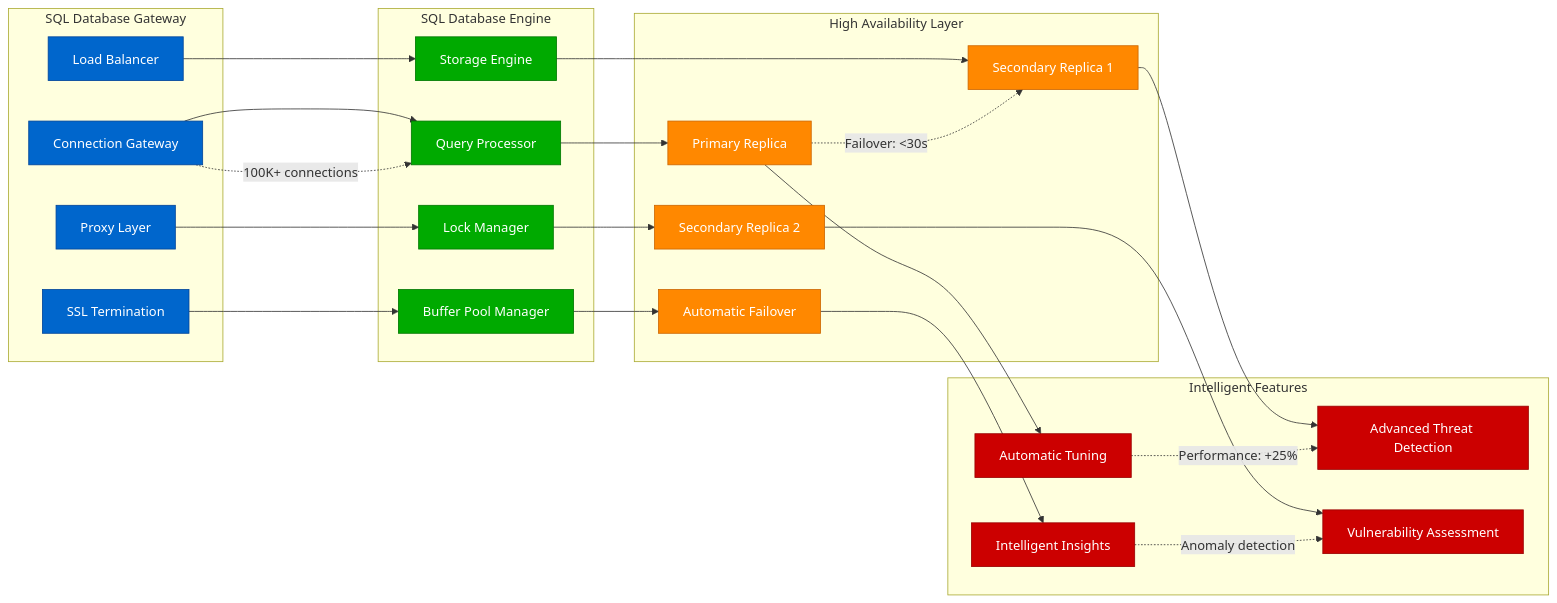
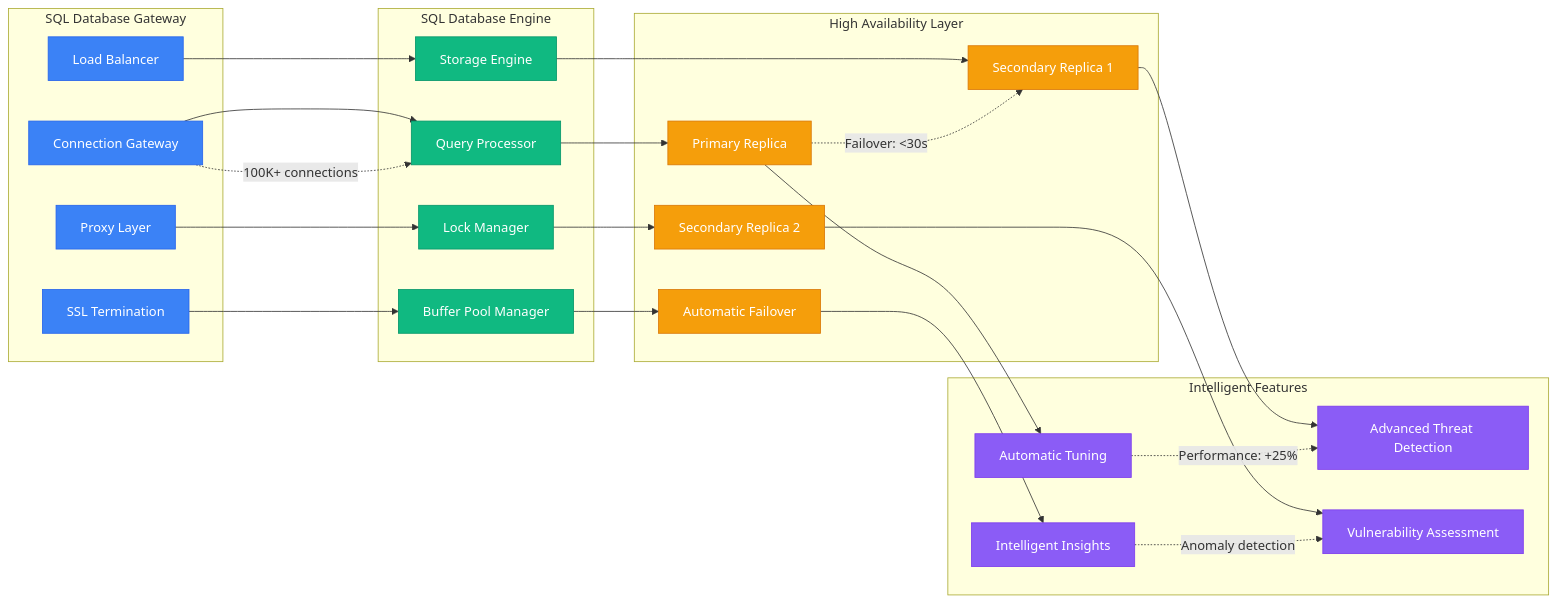
The fifth of 9 diagrams in site/docs/systems/microsoft/storage-architecture.md (deepaucksharma/DS), drawn with Mermaid before and after one commit. The commit also changed other lines of this file and 303 other files, not shown here.

````diff
--- a/site/docs/systems/microsoft/storage-architecture.md
+++ b/site/docs/systems/microsoft/storage-architecture.md
@@ -303,64 +303,64 @@
 ```mermaid
 graph LR
     subgraph SQLGateway[SQL Database Gateway]
         CONNECTION_GATEWAY[Connection Gateway]
         LOAD_BALANCER_SQL[Load Balancer]
         PROXY_LAYER[Proxy Layer]
         SSL_TERMINATION[SSL Termination]
     end
 
     subgraph SQLEngine[SQL Database Engine]
         QUERY_PROCESSOR[Query Processor]
         STORAGE_ENGINE[Storage Engine]
         LOCK_MANAGER[Lock Manager]
         BUFFER_POOL[Buffer Pool Manager]
     end
 
     subgraph HighAvailability[High Availability Layer]
         PRIMARY_REPLICA[Primary Replica]
         SECONDARY_REPLICA_1[Secondary Replica 1]
         SECONDARY_REPLICA_2[Secondary Replica 2]
         AUTOMATIC_FAILOVER[Automatic Failover]
     end
 
     subgraph IntelligentFeatures[Intelligent Features]
         AUTO_TUNING[Automatic Tuning]
         THREAT_DETECTION[Advanced Threat Detection]
         VULNERABILITY_ASSESSMENT[Vulnerability Assessment]
         INTELLIGENT_INSIGHTS[Intelligent Insights]
     end
 
     %% Gateway to engine
     CONNECTION_GATEWAY --> QUERY_PROCESSOR
     LOAD_BALANCER_SQL --> STORAGE_ENGINE
     PROXY_LAYER --> LOCK_MANAGER
     SSL_TERMINATION --> BUFFER_POOL
 
     %% Engine to HA
     QUERY_PROCESSOR --> PRIMARY_REPLICA
     STORAGE_ENGINE --> SECONDARY_REPLICA_1
     LOCK_MANAGER --> SECONDARY_REPLICA_2
     BUFFER_POOL --> AUTOMATIC_FAILOVER
 
     %% HA to intelligence
     PRIMARY_REPLICA --> AUTO_TUNING
     SECONDARY_REPLICA_1 --> THREAT_DETECTION
     SECONDARY_REPLICA_2 --> VULNERABILITY_ASSESSMENT
     AUTOMATIC_FAILOVER --> INTELLIGENT_INSIGHTS
 
     %% Performance characteristics
     CONNECTION_GATEWAY -.->|"100K+ connections"| QUERY_PROCESSOR
     PRIMARY_REPLICA -.->|"Failover: <30s"| SECONDARY_REPLICA_1
     AUTO_TUNING -.->|"Performance: +25%"| THREAT_DETECTION
     INTELLIGENT_INSIGHTS -.->|"Anomaly detection"| VULNERABILITY_ASSESSMENT
 
-    classDef gatewayStyle fill:#0066CC,stroke:#004499,color:#fff
-    classDef engineStyle fill:#00AA00,stroke:#007700,color:#fff
-    classDef haStyle fill:#FF8800,stroke:#CC6600,color:#fff
-    classDef intelligentStyle fill:#CC0000,stroke:#990000,color:#fff
+    classDef gatewayStyle fill:#3B82F6,stroke:#2563EB,color:#fff
+    classDef engineStyle fill:#10B981,stroke:#059669,color:#fff
+    classDef haStyle fill:#F59E0B,stroke:#D97706,color:#fff
+    classDef intelligentStyle fill:#8B5CF6,stroke:#7C3AED,color:#fff
 
     class CONNECTION_GATEWAY,LOAD_BALANCER_SQL,PROXY_LAYER,SSL_TERMINATION gatewayStyle
     class QUERY_PROCESSOR,STORAGE_ENGINE,LOCK_MANAGER,BUFFER_POOL engineStyle
     class PRIMARY_REPLICA,SECONDARY_REPLICA_1,SECONDARY_REPLICA_2,AUTOMATIC_FAILOVER haStyle
     class AUTO_TUNING,THREAT_DETECTION,VULNERABILITY_ASSESSMENT,INTELLIGENT_INSIGHTS intelligentStyle
 ```
````
